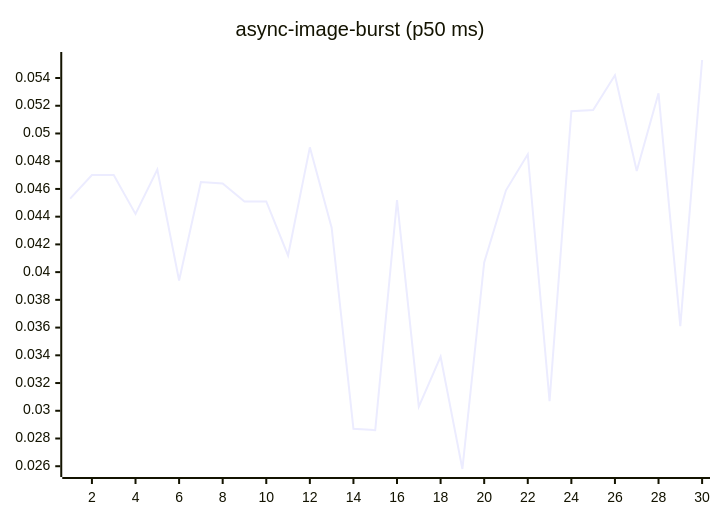
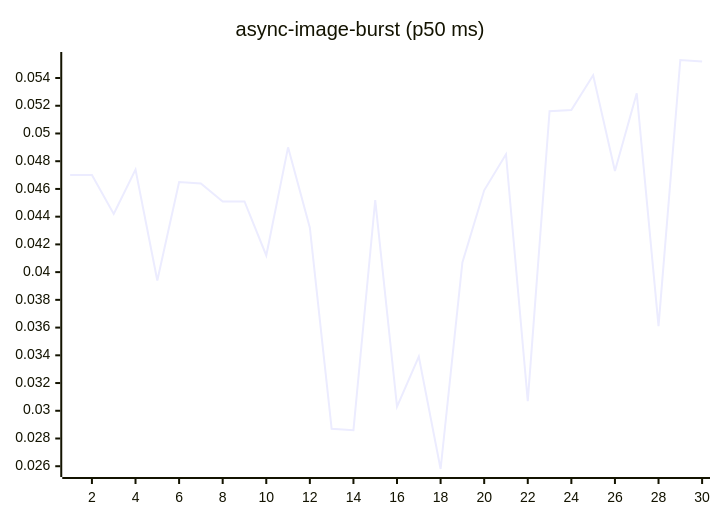
One commit to josha/Facet changed the fourth of 27 diagrams in README.md. Above: the diagram before and after it, drawn with Mermaid. The commit also changed other lines of this file and 2 other files, not shown here.

````diff
--- a/README.md
+++ b/README.md
@@ -84,6 +84,6 @@
 ```mermaid
 xychart-beta
     title "async-image-burst (p50 ms)"
     x-axis 1 --> 30
-    line [0.0453, 0.0470, 0.0470, 0.0442, 0.0474, 0.0394, 0.0465, 0.0464, 0.0451, 0.0451, 0.0412, 0.0490, 0.0432, 0.0287, 0.0286, 0.0452, 0.0303, 0.0339, 0.0258, 0.0407, 0.0459, 0.0485, 0.0307, 0.0516, 0.0517, 0.0542, 0.0473, 0.0529, 0.0361, 0.0553]
+    line [0.0470, 0.0470, 0.0442, 0.0474, 0.0394, 0.0465, 0.0464, 0.0451, 0.0451, 0.0412, 0.0490, 0.0432, 0.0287, 0.0286, 0.0452, 0.0303, 0.0339, 0.0258, 0.0407, 0.0459, 0.0485, 0.0307, 0.0516, 0.0517, 0.0542, 0.0473, 0.0529, 0.0361, 0.0553, 0.0552]
 ```
````
